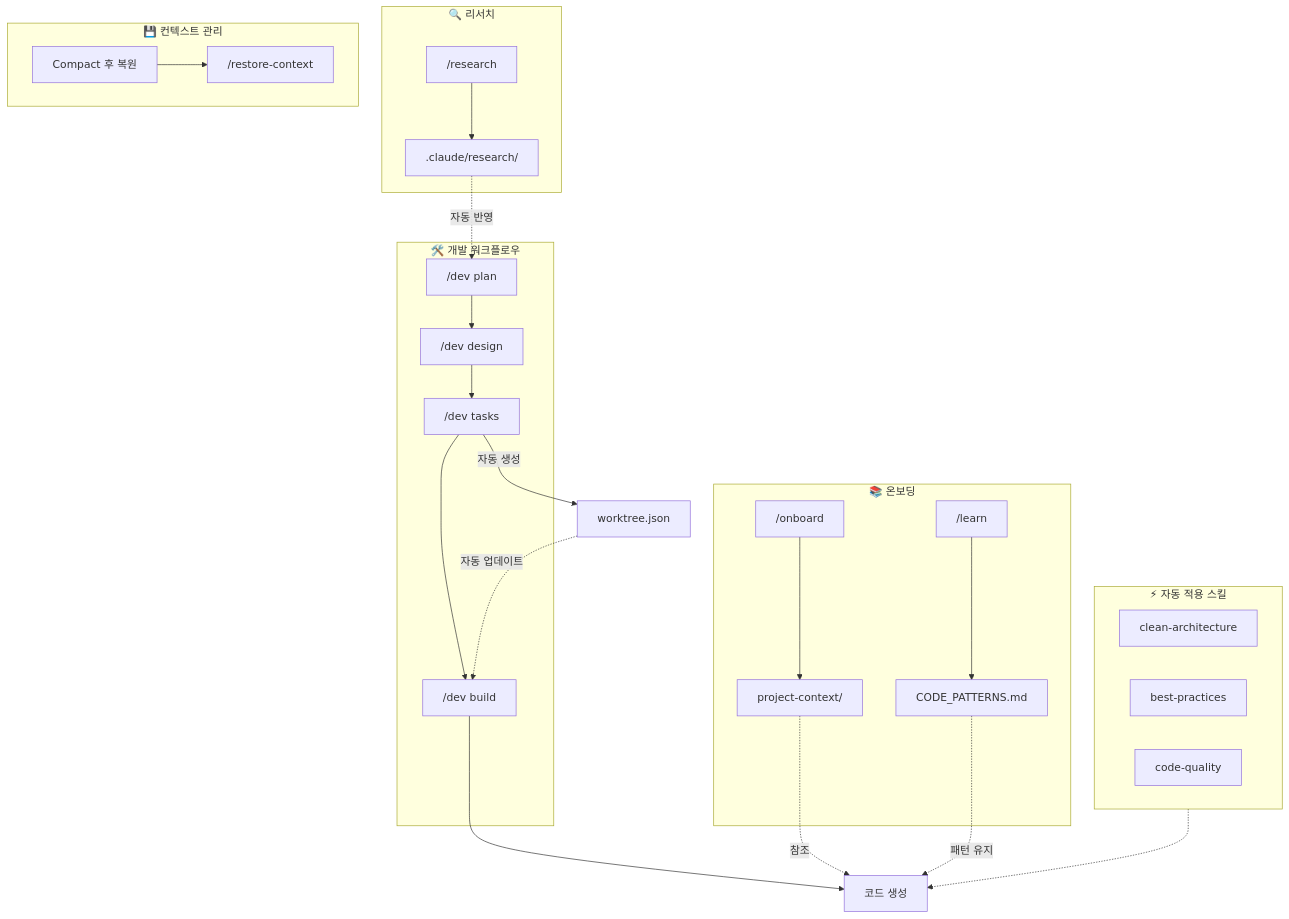
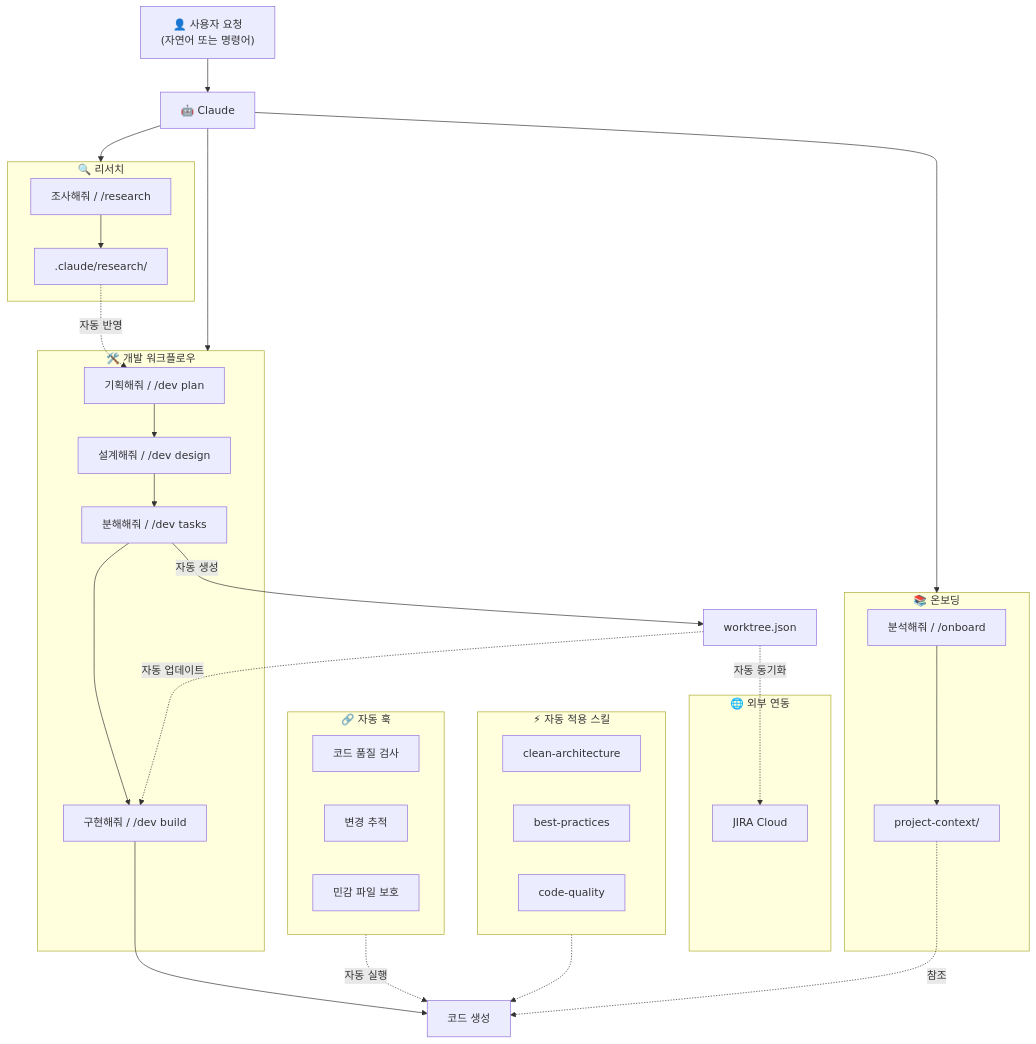
One commit to Wondermove-Inc/calab-claude-plugin changed the first of 5 diagrams in README.md. Above: the diagram before and after it, drawn with Mermaid. The commit also changed other lines of this file and 14 other files, not shown here.

````diff
--- a/README.md
+++ b/README.md
@@ -55,37 +131,47 @@
 ```mermaid
 flowchart TB
+    U["👤 사용자 요청<br/>(자연어 또는 명령어)"] --> C["🤖 Claude"]
+
     subgraph Research["🔍 리서치"]
-        R1["/research"] --> R2[".claude/research/"]
+        R1["조사해줘 / /research"] --> R2[".claude/research/"]
     end
 
     subgraph Dev["🛠️ 개발 워크플로우"]
-        D1["/dev plan"] --> D2["/dev design"]
-        D2 --> D3["/dev tasks"]
-        D3 --> D4["/dev build"]
+        D1["기획해줘 / /dev plan"] --> D2["설계해줘 / /dev design"]
+        D2 --> D3["분해해줘 / /dev tasks"]
+        D3 --> D4["구현해줘 / /dev build"]
     end
 
     subgraph Onboard["📚 온보딩"]
-        O1["/onboard"] --> O2["project-context/"]
-        O3["/learn"] --> O4["CODE_PATTERNS.md"]
-    end
-
-    subgraph Context["💾 컨텍스트 관리"]
-        C1["/restore-context"]
-        C2["Compact 후 복원"]
+        O1["분석해줘 / /onboard"] --> O2["project-context/"]
     end
 
     subgraph Skills["⚡ 자동 적용 스킬"]
         S1["clean-architecture"]
         S2["best-practices"]
         S3["code-quality"]
     end
 
+    subgraph Hooks["🔗 자동 훅"]
+        H1["코드 품질 검사"]
+        H2["변경 추적"]
+        H3["민감 파일 보호"]
+    end
+
+    subgraph External["🌐 외부 연동"]
+        J1["JIRA Cloud"]
+    end
+
+    C --> Research
+    C --> Dev
+    C --> Onboard
+
     R2 -.->|자동 반영| D1
     D3 -->|자동 생성| W1["worktree.json"]
     W1 -.->|자동 업데이트| D4
+    W1 -.->|자동 동기화| J1
     D4 --> Code["코드 생성"]
     Skills -.-> Code
+    Hooks -.->|자동 실행| Code
     O2 -.->|참조| Code
-    O4 -.->|패턴 유지| Code
-    C2 --> C1
 ```
````
